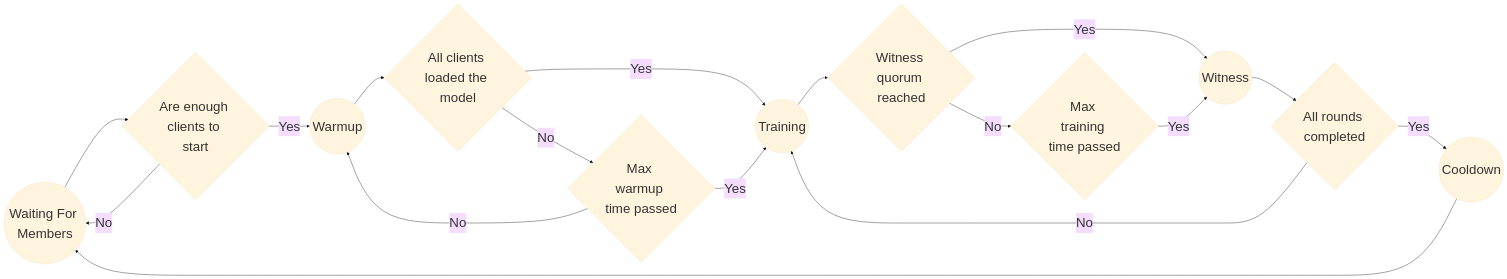
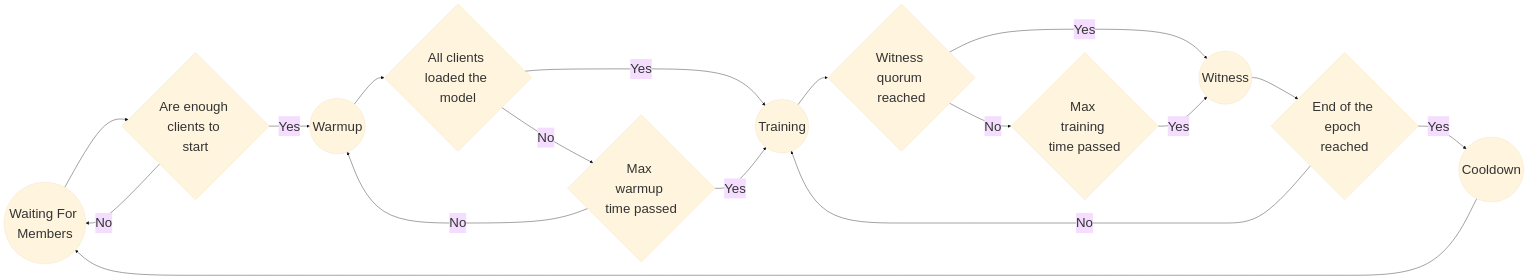
One commit to PsycheFoundation/psyche changed the third of 7 diagrams in psyche-book/src/explain/general-workflow.md. Above: the diagram before and after it, drawn with Mermaid. The commit also changed other lines of this file and 4 other files, not shown here.

````diff
--- a/psyche-book/src/explain/general-workflow.md
+++ b/psyche-book/src/explain/general-workflow.md
@@ -108,32 +108,32 @@
 ```mermaid
 %%{init: {'theme':'base', 'themeVariables': { 'fontSize':'35px'}}}%%
 flowchart LR
     WFM((Waiting For Members))
     W((Warmup))
     T((Training))
     WI((Witness))
     CD((Cooldown))
     a{Are enough clients to start}
     b{All clients loaded the model}
     c{Max warmup time passed}
     d{Witness quorum reached}
     e{Max training time passed}
-    f{All rounds completed}
+    f{End of the epoch reached}
 
     WFM --> a
     a -->|Yes| W
     a -->|No| WFM
     b -->|Yes| T
     b -->|No| c
     W --> b
     c -->|Yes| T
     c -->|No| W
     T --> d
     d -->|Yes| WI
     d -->|No| e
     e -->|Yes| WI
     WI --> f
     f -->|Yes| CD
     f -->|No| T
     CD --> WFM
 ```
````
